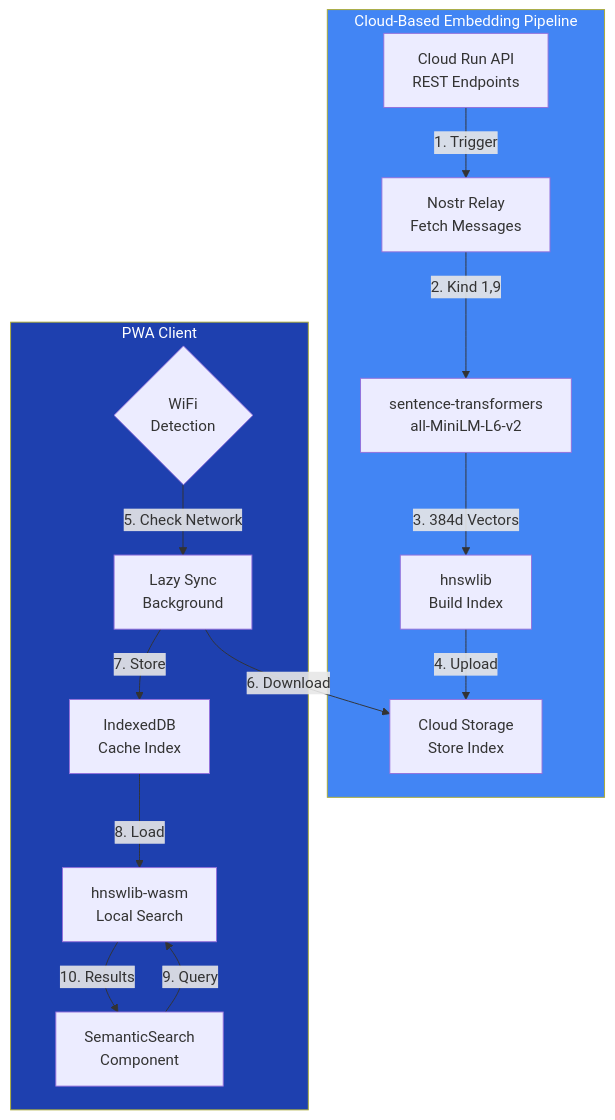
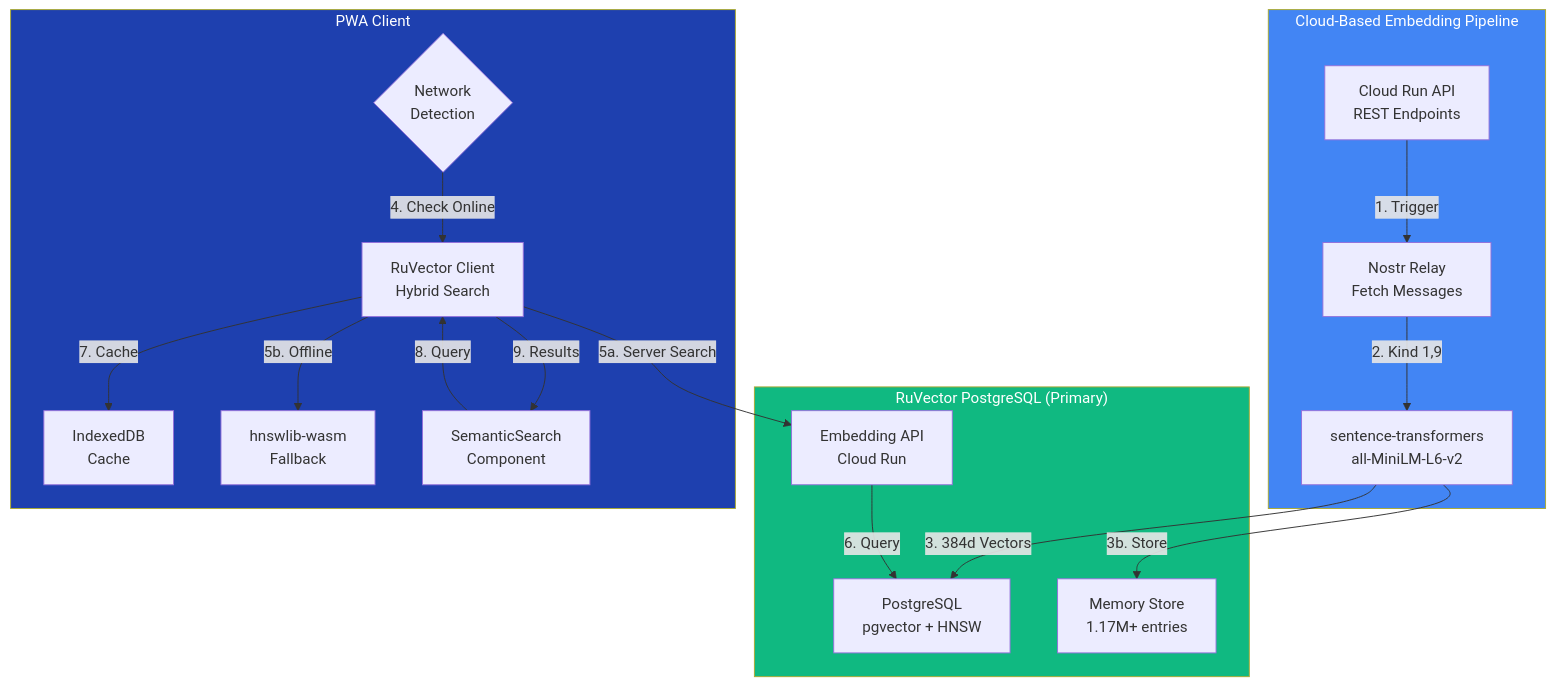
One commit to DreamLab-AI/fairfield changed the first of 2 diagrams in docs/developer/features/semantic-search.md. Above: the diagram before and after it, drawn with Mermaid. The commit also changed other lines of this file and 15 other files, not shown here.

First line of the commit message:
feat(semantic): add RuVector PostgreSQL search integration

````diff
--- a/docs/developer/features/semantic-search.md
+++ b/docs/developer/features/semantic-search.md
@@ -24,33 +28,39 @@
 ```mermaid
 graph TB
+    subgraph RuVector["RuVector PostgreSQL (Primary)"]
+        PG["PostgreSQL<br/>pgvector + HNSW"]
+        API["Embedding API<br/>Cloud Run"]
+        Memory["Memory Store<br/>1.17M+ entries"]
+    end
+
     subgraph Pipeline["Cloud-Based Embedding Pipeline"]
         CloudRun["Cloud Run API<br/>REST Endpoints"]
         Relay["Nostr Relay<br/>Fetch Messages"]
         ST["sentence-transformers<br/>all-MiniLM-L6-v2"]
-        HNSW["hnswlib<br/>Build Index"]
-        GCS["Cloud Storage<br/>Store Index"]
     end
 
     subgraph PWA["PWA Client"]
-        WiFi{"WiFi<br/>Detection"}
-        Sync["Lazy Sync<br/>Background"]
-        IDB["IndexedDB<br/>Cache Index"]
-        WASM["hnswlib-wasm<br/>Local Search"]
+        RuVClient["RuVector Client<br/>Hybrid Search"]
+        WiFi{"Network<br/>Detection"}
+        IDB["IndexedDB<br/>Cache"]
+        WASM["hnswlib-wasm<br/>Fallback"]
         UI["SemanticSearch<br/>Component"]
     end
 
     CloudRun -->|1. Trigger| Relay
     Relay -->|2. Kind 1,9| ST
-    ST -->|3. 384d Vectors| HNSW
-    HNSW -->|4. Upload| GCS
+    ST -->|3. 384d Vectors| PG
+    ST -->|3b. Store| Memory
 
-    WiFi -->|5. Check Network| Sync
-    Sync -->|6. Download| GCS
-    Sync -->|7. Store| IDB
-    IDB -->|8. Load| WASM
-    UI -->|9. Query| WASM
-    WASM -->|10. Results| UI
+    WiFi -->|4. Check Online| RuVClient
+    RuVClient -->|5a. Server Search| API
+    API -->|6. Query| PG
+    RuVClient -->|5b. Offline| WASM
+    RuVClient -->|7. Cache| IDB
+    UI -->|8. Query| RuVClient
+    RuVClient -->|9. Results| UI
 
+    style RuVector fill:#10b981,color:#fff
     style Pipeline fill:#4285f4,color:#fff
     style PWA fill:#1e40af,color:#fff
 ```
````
